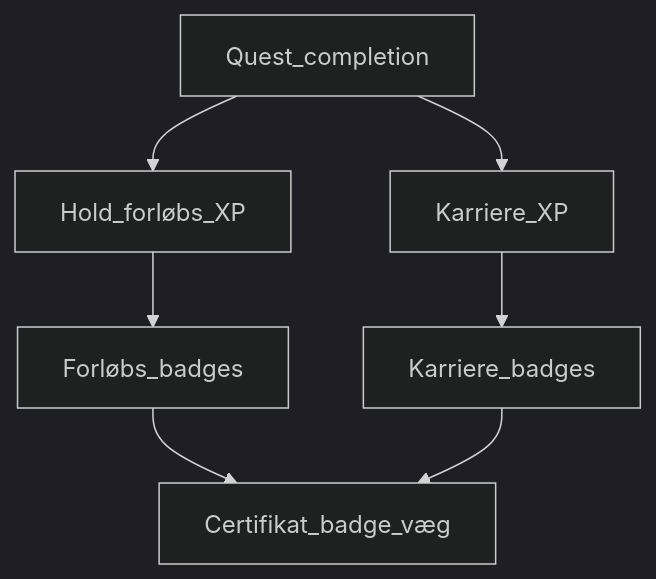
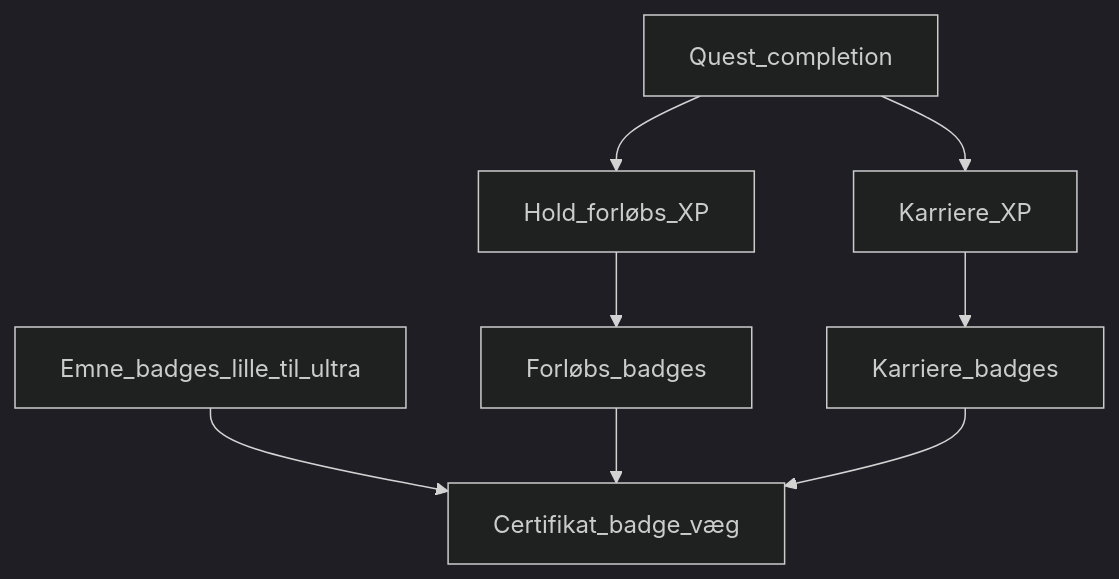
Before and after one commit to Mercantech/Mercantec.tech: the first of 2 diagrams in obsidian/06-badges/Sammenhæng.md, drawn with Mermaid (dark theme). The commit also changed other lines of this file and 20 other files, not shown here.

````diff
--- a/obsidian/06-badges/Sammenhæng.md
+++ b/obsidian/06-badges/Sammenhæng.md
@@ -15,15 +15,17 @@
 ```mermaid
 flowchart TB
   quest[Quest_completion]
   holdXp[Hold_forløbs_XP]
   karriere[Karriere_XP]
+  emne[Emne_badges_lille_til_ultra]
   badgeF[Forløbs_badges]
   badgeK[Karriere_badges]
   vaeg[Certifikat_badge_væg]
   quest --> holdXp
   quest --> karriere
   holdXp --> badgeF
   karriere --> badgeK
+  emne --> vaeg
   badgeF --> vaeg
   badgeK --> vaeg
 ```
````
